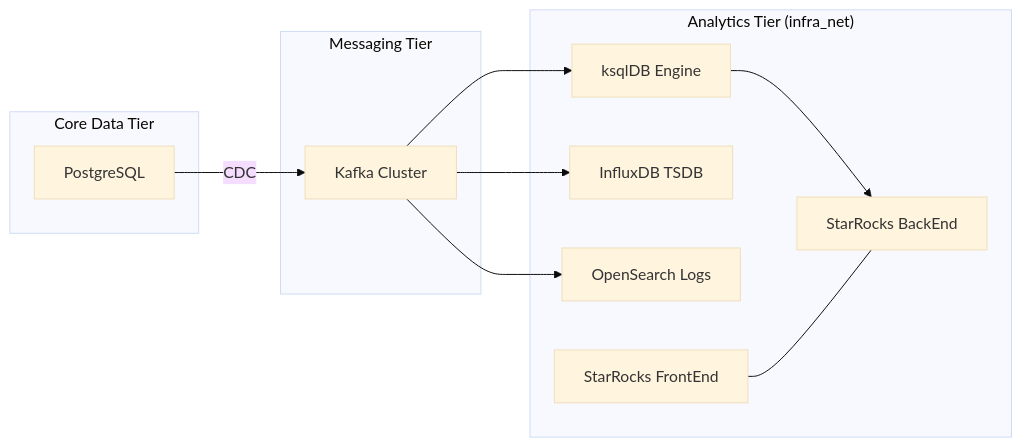
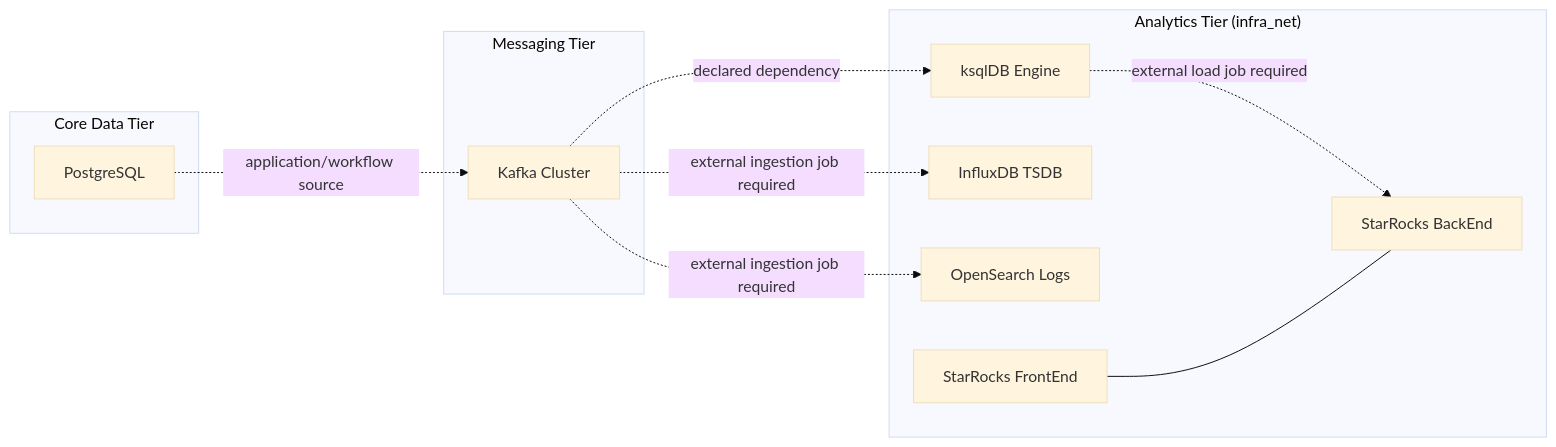
Before and after one commit to buenhyden/hy-home.docker: the diagram in docs/02.architecture/requirements/0012-data-analytics-architecture.md, drawn with Mermaid (base theme). The commit also changed other lines of this file and 26 other files, not shown here.

````diff
--- a/docs/02.architecture/requirements/0012-data-analytics-architecture.md
+++ b/docs/02.architecture/requirements/0012-data-analytics-architecture.md
@@ -50,25 +52,25 @@
 ```mermaid
 graph LR
     subgraph "Messaging Tier"
         KAFKA[Kafka Cluster]
     end
 
     subgraph "Core Data Tier"
         PG[PostgreSQL]
     end
 
     subgraph "Analytics Tier (infra_net)"
         KSQL[ksqlDB Engine]
         INFLUX[InfluxDB TSDB]
         OS[OpenSearch Logs]
         SR_FE[StarRocks FrontEnd]
         SR_BE[StarRocks BackEnd]
     end
 
-    KAFKA --> KSQL
-    KSQL --> SR_BE
-    PG -- CDC --> KAFKA
-    KAFKA --> OS
-    KAFKA --> INFLUX
+    KAFKA -. "declared dependency" .-> KSQL
+    PG -. "application/workflow source" .-> KAFKA
+    KAFKA -. "external ingestion job required" .-> OS
+    KAFKA -. "external ingestion job required" .-> INFLUX
+    KSQL -. "external load job required" .-> SR_BE
     SR_FE --- SR_BE
 ```
````
